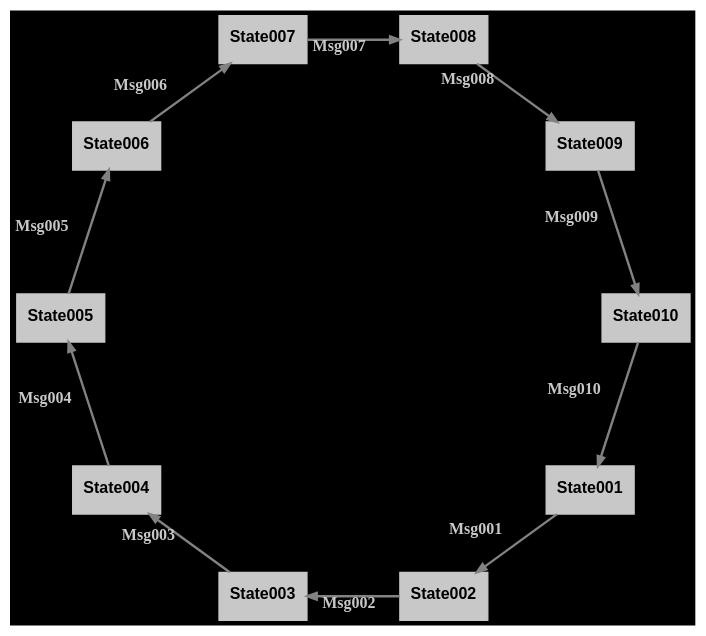
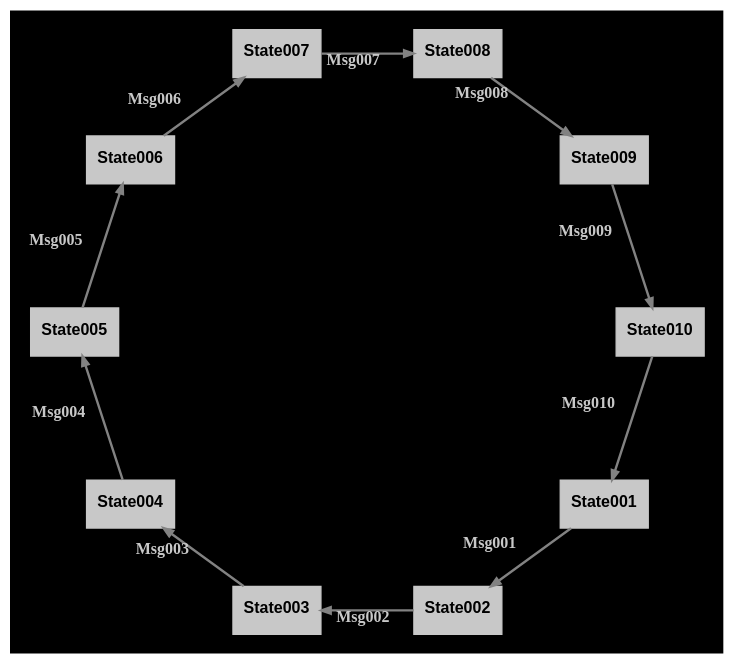
One commit to m-bock/purescript-transit changed the diagram in renders/circle.dot. Above: the diagram before and after it, drawn with Graphviz. The commit also changed 40 other files, not shown here.

```diff
--- a/renders/circle.dot
+++ b/renders/circle.dot
@@ -1,25 +1,25 @@
 digraph 
 {
-rankdir = "TD";fontname = "Arial";labelloc = "t";fontsize = 12;bgcolor = "#000000";color = "#ffffff";fontcolor = "#ffffff"
+rankdir = "TD";fontname = "Arial";labelloc = "t";fontsize = 12;bgcolor = "#000000";color = "#ffffff";fontcolor = "#ffffff";pad = 0.2
 layout=circo;
 State001 [shape = "box", label = <<b>State001</b>>, fontsize = 12, style = "filled", fillcolor = "#c8c8c8", fontcolor = "#000000", color = "#c8c8c8", fontname = "Arial", labelloc = "c", penwidth = 1.0]
 State001 -> State002 [color = "#828282", fontcolor = "#c8c8c8", fontsize = 12, arrowsize = "0.7", label = <<b>Msg001</b>>, penwidth = 1.8]
 State002 [shape = "box", label = <<b>State002</b>>, fontsize = 12, style = "filled", fillcolor = "#c8c8c8", fontcolor = "#000000", color = "#c8c8c8", fontname = "Arial", labelloc = "c", penwidth = 1.0]
 State002 -> State003 [color = "#828282", fontcolor = "#c8c8c8", fontsize = 12, arrowsize = "0.7", label = <<b>Msg002</b>>, penwidth = 1.8]
 State003 [shape = "box", label = <<b>State003</b>>, fontsize = 12, style = "filled", fillcolor = "#c8c8c8", fontcolor = "#000000", color = "#c8c8c8", fontname = "Arial", labelloc = "c", penwidth = 1.0]
 State003 -> State004 [color = "#828282", fontcolor = "#c8c8c8", fontsize = 12, arrowsize = "0.7", label = <<b>Msg003</b>>, penwidth = 1.8]
 State004 [shape = "box", label = <<b>State004</b>>, fontsize = 12, style = "filled", fillcolor = "#c8c8c8", fontcolor = "#000000", color = "#c8c8c8", fontname = "Arial", labelloc = "c", penwidth = 1.0]
 State004 -> State005 [color = "#828282", fontcolor = "#c8c8c8", fontsize = 12, arrowsize = "0.7", label = <<b>Msg004</b>>, penwidth = 1.8]
 State005 [shape = "box", label = <<b>State005</b>>, fontsize = 12, style = "filled", fillcolor = "#c8c8c8", fontcolor = "#000000", color = "#c8c8c8", fontname = "Arial", labelloc = "c", penwidth = 1.0]
 State005 -> State006 [color = "#828282", fontcolor = "#c8c8c8", fontsize = 12, arrowsize = "0.7", label = <<b>Msg005</b>>, penwidth = 1.8]
 State006 [shape = "box", label = <<b>State006</b>>, fontsize = 12, style = "filled", fillcolor = "#c8c8c8", fontcolor = "#000000", color = "#c8c8c8", fontname = "Arial", labelloc = "c", penwidth = 1.0]
 State006 -> State007 [color = "#828282", fontcolor = "#c8c8c8", fontsize = 12, arrowsize = "0.7", label = <<b>Msg006</b>>, penwidth = 1.8]
 State007 [shape = "box", label = <<b>State007</b>>, fontsize = 12, style = "filled", fillcolor = "#c8c8c8", fontcolor = "#000000", color = "#c8c8c8", fontname = "Arial", labelloc = "c", penwidth = 1.0]
 State007 -> State008 [color = "#828282", fontcolor = "#c8c8c8", fontsize = 12, arrowsize = "0.7", label = <<b>Msg007</b>>, penwidth = 1.8]
 State008 [shape = "box", label = <<b>State008</b>>, fontsize = 12, style = "filled", fillcolor = "#c8c8c8", fontcolor = "#000000", color = "#c8c8c8", fontname = "Arial", labelloc = "c", penwidth = 1.0]
 State008 -> State009 [color = "#828282", fontcolor = "#c8c8c8", fontsize = 12, arrowsize = "0.7", label = <<b>Msg008</b>>, penwidth = 1.8]
 State009 [shape = "box", label = <<b>State009</b>>, fontsize = 12, style = "filled", fillcolor = "#c8c8c8", fontcolor = "#000000", color = "#c8c8c8", fontname = "Arial", labelloc = "c", penwidth = 1.0]
 State009 -> State010 [color = "#828282", fontcolor = "#c8c8c8", fontsize = 12, arrowsize = "0.7", label = <<b>Msg009</b>>, penwidth = 1.8]
 State010 [shape = "box", label = <<b>State010</b>>, fontsize = 12, style = "filled", fillcolor = "#c8c8c8", fontcolor = "#000000", color = "#c8c8c8", fontname = "Arial", labelloc = "c", penwidth = 1.0]
 State010 -> State001 [color = "#828282", fontcolor = "#c8c8c8", fontsize = 12, arrowsize = "0.7", label = <<b>Msg010</b>>, penwidth = 1.8]
 }
```
